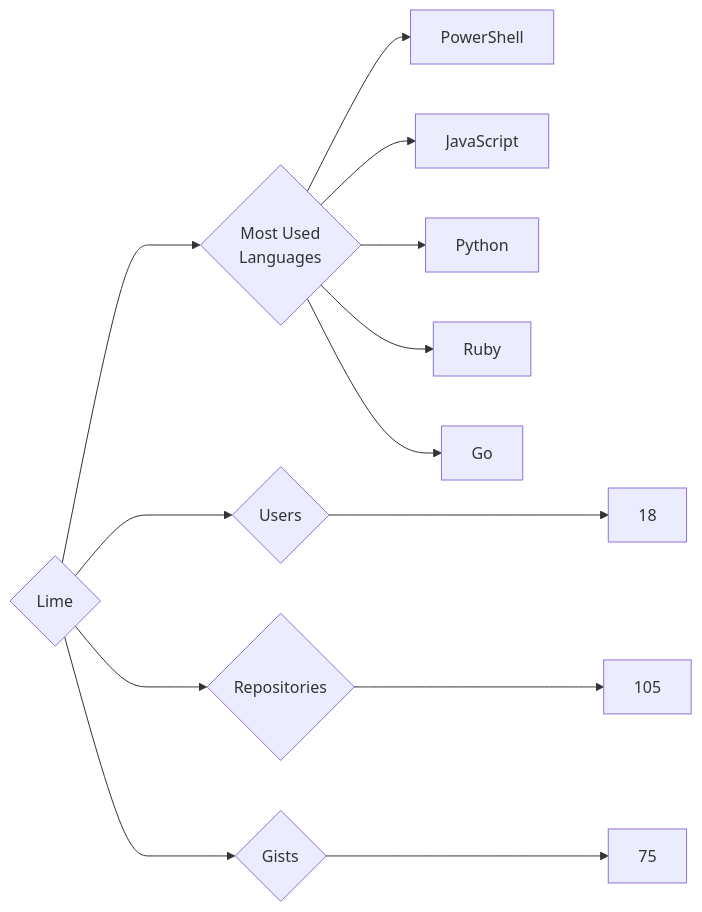
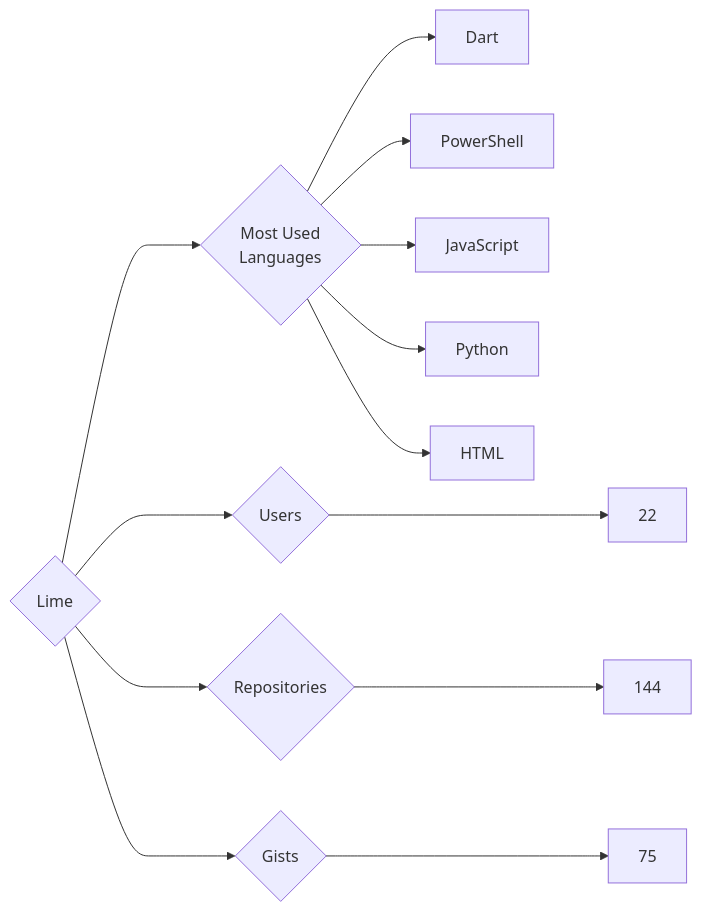
Before and after one commit to trickest/insiders: the diagram in targets/Lime/README.md, drawn with Mermaid. The commit also changed 809 other files, not shown here.

````diff
--- a/targets/Lime/README.md
+++ b/targets/Lime/README.md
@@ -3,13 +3,13 @@
 ```mermaid
 graph LR
 COMPANY_NAME{Lime}
-COMPANY_NAME ---> U{Users} ---> UN[18]
-COMPANY_NAME ---> R{Repositories} ---> RN[105]
+COMPANY_NAME ---> U{Users} ---> UN[22]
+COMPANY_NAME ---> R{Repositories} ---> RN[144]
 COMPANY_NAME ---> G{Gists} ---> GN[75]
 COMPANY_NAME ---> ML{Most Used<br>Languages}
+ML --> Dart[Dart]
 ML --> PowerShell[PowerShell]
 ML --> JavaScript[JavaScript]
 ML --> Python[Python]
-ML --> Ruby[Ruby]
-ML --> Go[Go]
+ML --> HTML[HTML]
 ```
````
